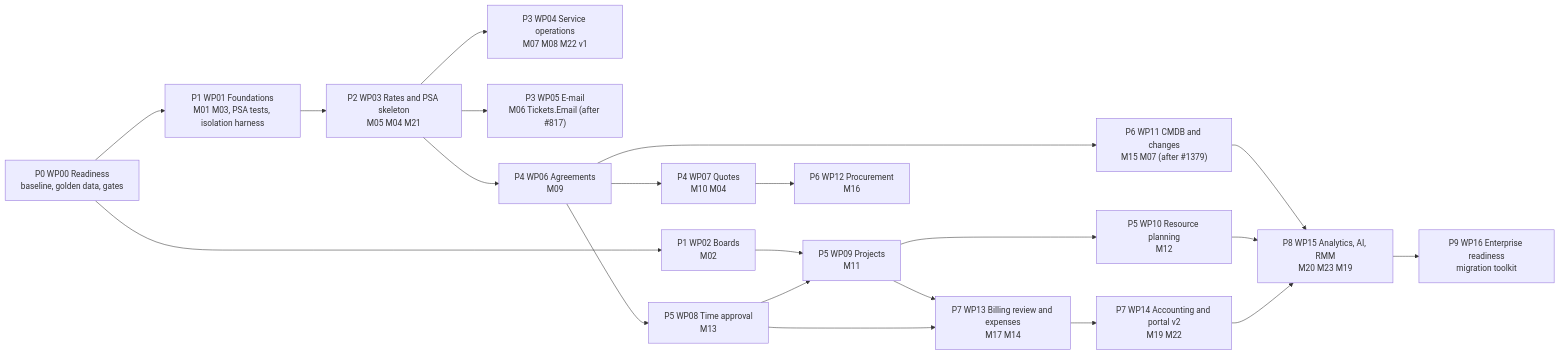
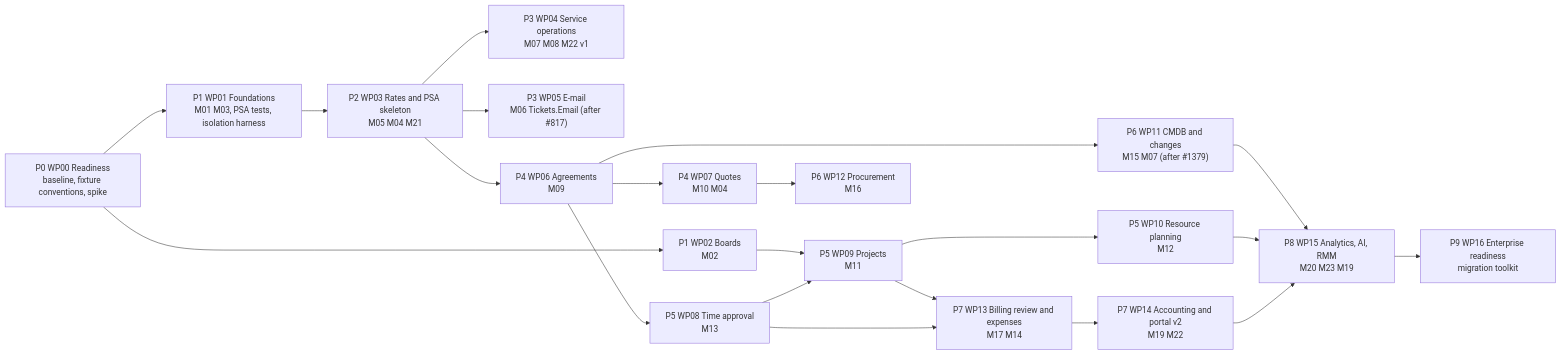
Before and after one commit to CrestApps/CrestApps.OrchardCore: the tenth of 11 diagrams in docs/engineering/psa/psa-platform-plan.md, drawn with Mermaid. The commit also changed other lines of this file and 1 other file, not shown here.

First line of the commit message:
Address the second review of the PSA plan

````diff
--- a/docs/engineering/psa/psa-platform-plan.md
+++ b/docs/engineering/psa/psa-platform-plan.md
@@ -1431,23 +1439,23 @@
 ```mermaid
 flowchart LR
-  WP00["P0 WP00 Readiness\nbaseline, golden data, gates"] --> WP01["P1 WP01 Foundations\nM01 M03, PSA tests, isolation harness"]
+  WP00["P0 WP00 Readiness\nbaseline, fixture conventions, spike"] --> WP01["P1 WP01 Foundations\nM01 M03, PSA tests, isolation harness"]
   WP00 --> WP02["P1 WP02 Boards\nM02"]
   WP01 --> WP03["P2 WP03 Rates and PSA skeleton\nM05 M04 M21"]
   WP03 --> WP04["P3 WP04 Service operations\nM07 M08 M22 v1"]
   WP03 --> WP05["P3 WP05 E-mail\nM06 Tickets.Email (after #817)"]
   WP03 --> WP06["P4 WP06 Agreements\nM09"]
   WP06 --> WP07["P4 WP07 Quotes\nM10 M04"]
   WP06 --> WP08["P5 WP08 Time approval\nM13"]
   WP08 --> WP09["P5 WP09 Projects\nM11"]
   WP02 --> WP09
   WP09 --> WP10["P5 WP10 Resource planning\nM12"]
   WP06 --> WP11["P6 WP11 CMDB and changes\nM15 M07 (after #1379)"]
   WP07 --> WP12["P6 WP12 Procurement\nM16"]
   WP08 --> WP13["P7 WP13 Billing review and expenses\nM17 M14"]
   WP09 --> WP13
   WP13 --> WP14["P7 WP14 Accounting and portal v2\nM19 M22"]
   WP14 --> WP15["P8 WP15 Analytics, AI, RMM\nM20 M23 M19"]
   WP10 --> WP15
   WP11 --> WP15
   WP15 --> WP16["P9 WP16 Enterprise readiness\nmigration toolkit"]
 ```
````
